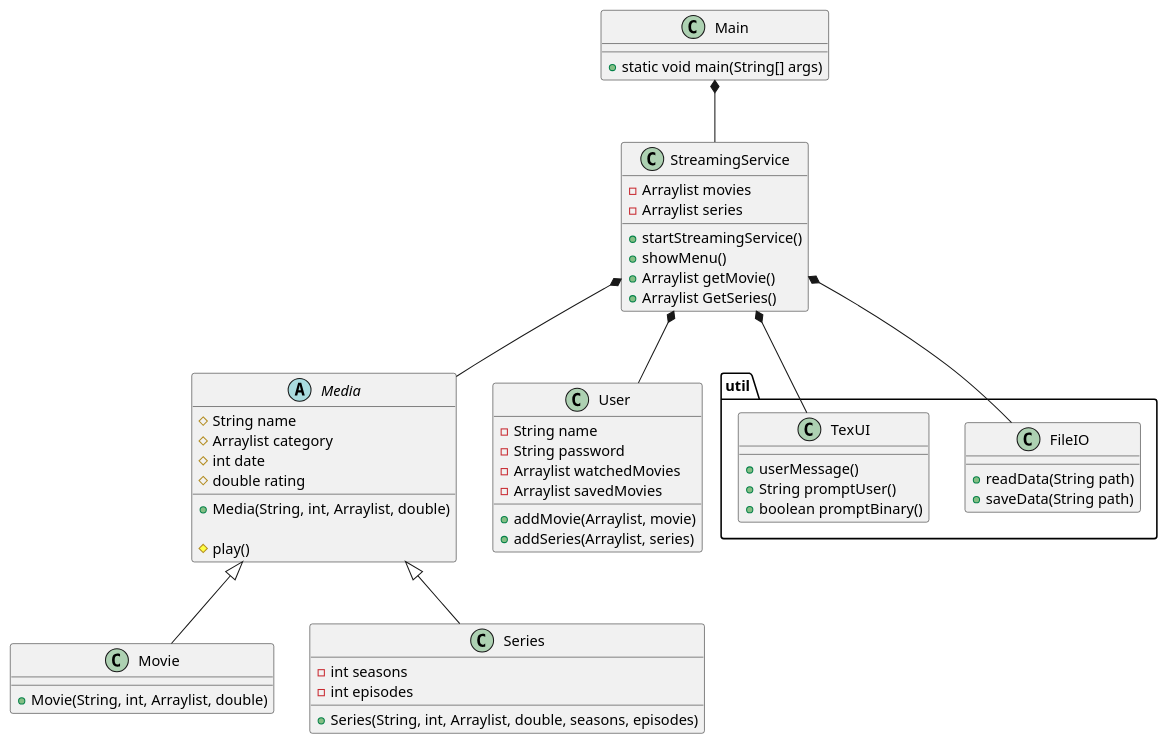
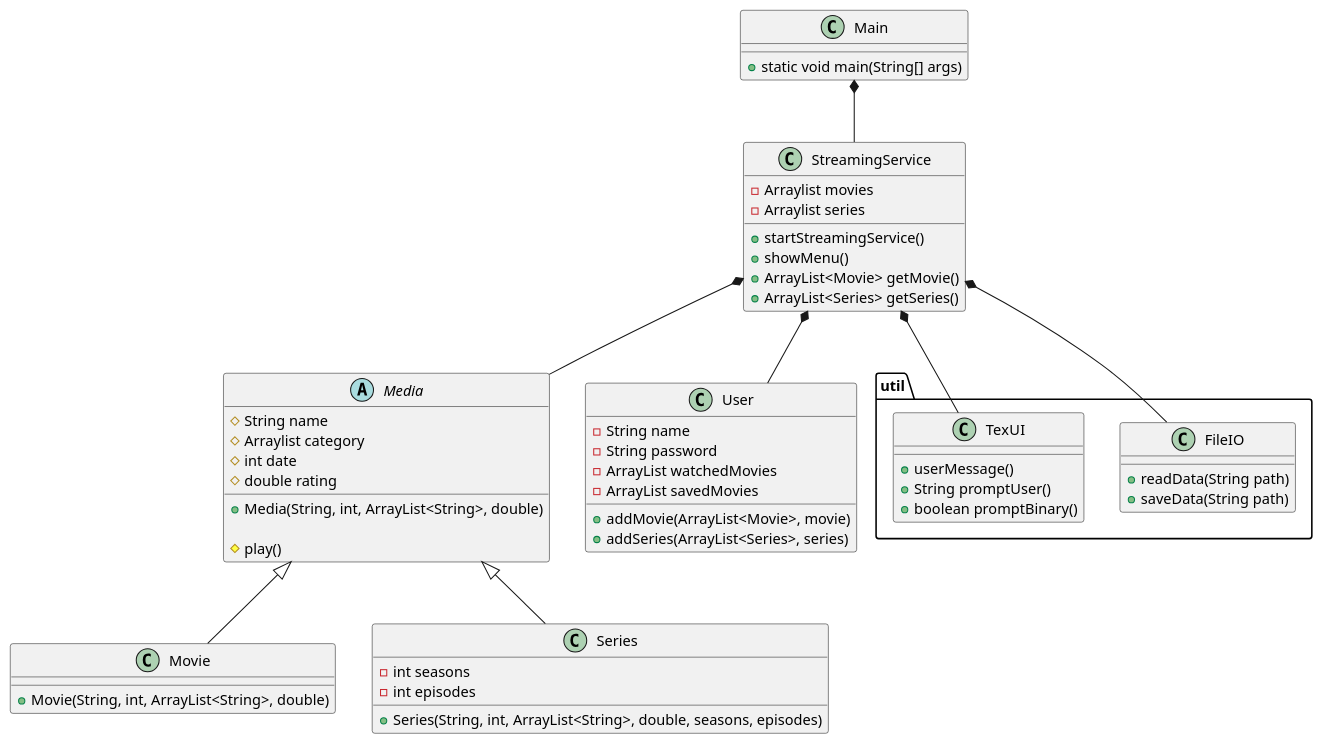
Before and after one commit to Studiegruppe-B/SP3-Streamingtjeneste: the diagram in doc/static/classDiagram.puml, drawn with PlantUML.

Commit message:
class diagram update

```diff
--- a/doc/static/classDiagram.puml
+++ b/doc/static/classDiagram.puml
@@ -1,69 +1,69 @@
 @startuml
 class Main{
 + static void main(String[] args)
 
 }
 
 class StreamingService{
 - Arraylist movies
 - Arraylist series
 + startStreamingService()
 + showMenu()
-+ Arraylist getMovie()
-+ Arraylist GetSeries()
++ ArrayList<Movie> getMovie()
++ ArrayList<Series> getSeries()
 }
 
 
 
 
 abstract class Media{
 # String name
 # Arraylist category
 # int date
 # double rating
-+ Media(String, int, Arraylist, double)
++ Media(String, int, ArrayList<String>, double)
 
 # play()
 }
 
 class Movie{
-+ Movie(String, int, Arraylist, double)
++ Movie(String, int, ArrayList<String>, double)
 }
 
 class Series{
-+ Series(String, int, Arraylist, double, seasons, episodes)
++ Series(String, int, ArrayList<String>, double, seasons, episodes)
 - int seasons
 - int episodes
 }
 
 class User{
 - String name
 - String password
-- Arraylist watchedMovies
-- Arraylist savedMovies
-+ addMovie(Arraylist, movie)
-+ addSeries(Arraylist, series)
+- ArrayList watchedMovies
+- ArrayList savedMovies
++ addMovie(ArrayList<Movie>, movie)
++ addSeries(ArrayList<Series>, series)
 }
 
 package "util"{
-class FileIO{
+static class FileIO{
 + readData(String path)
 + saveData(String path)
 }
 
-class TexUI{
+static class TexUI{
 + userMessage()
 + String promptUser()
 + boolean promptBinary()
 
 }
 }
 
 Main *-- StreamingService
 StreamingService *-- Media
 StreamingService *-- FileIO
 StreamingService *-- TexUI
 StreamingService *-- User
 Media <|-- Movie
 Media <|-- Series
 @enduml
```
